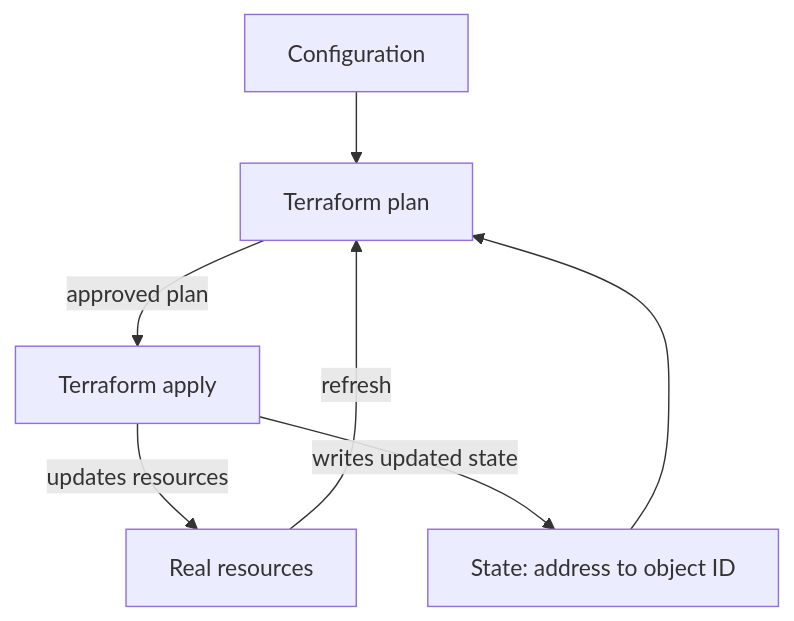
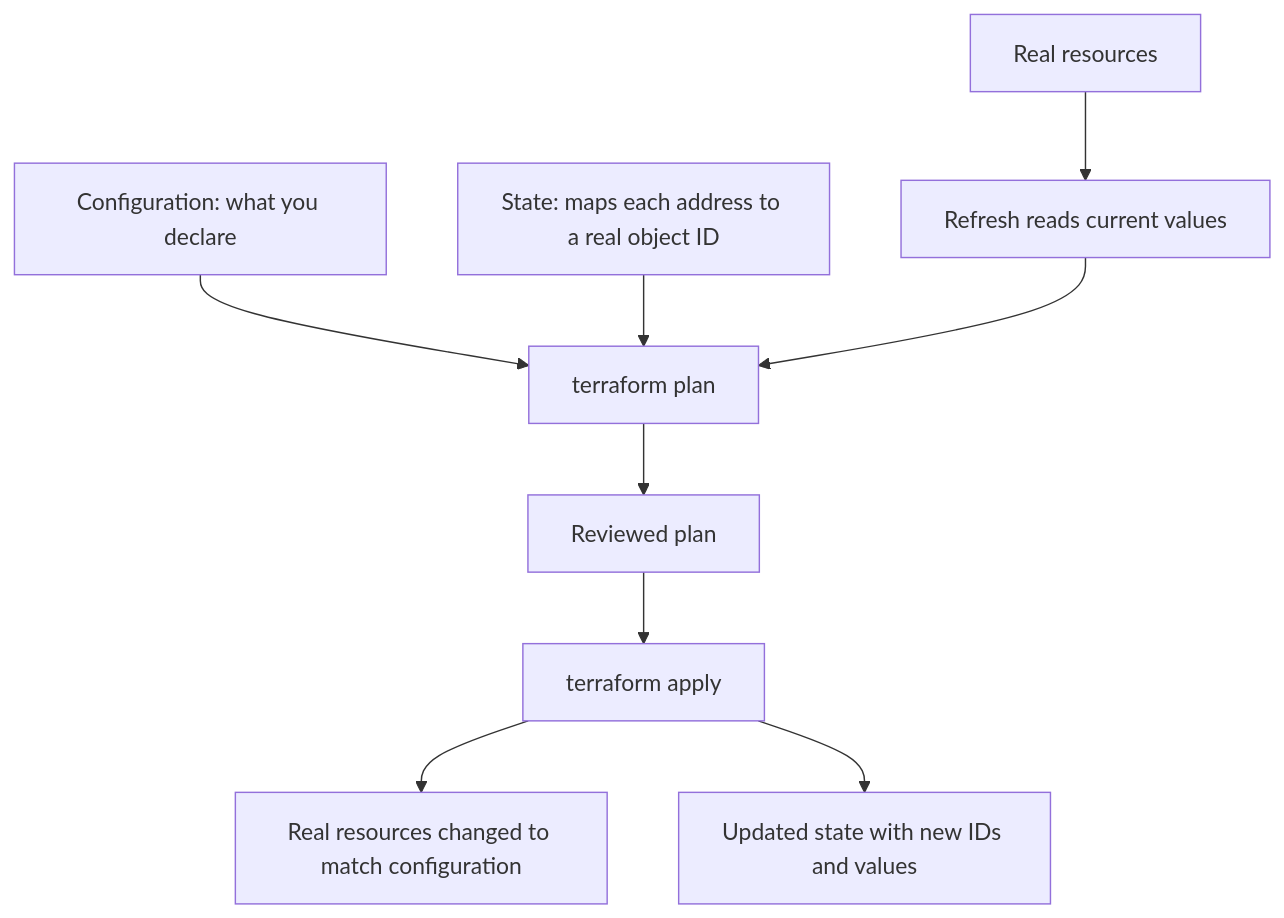
One commit to OpalBolt/Hashicorp-Katas changed the first of 3 diagrams in docs/slices/terraform/02-state.md. Above: the diagram before and after it, drawn with Mermaid. The commit also changed other lines of this file and 19 other files, not shown here.

````diff
--- a/docs/slices/terraform/02-state.md
+++ b/docs/slices/terraform/02-state.md
@@ -38,9 +38,11 @@
 ```mermaid
 flowchart TD
-  config[Configuration] --> plan[Terraform plan]
-  state[State: address to object ID] --> plan
-  real[Real resources] -->|refresh| plan
-  plan -->|approved plan| apply[Terraform apply]
-  apply -->|updates resources| real
-  apply -->|writes updated state| state
+  config["Configuration: what you declare"] --> plan["terraform plan"]
+  state["State: maps each address to a real object ID"] --> plan
+  real["Real resources"] --> refresh["Refresh reads current values"]
+  refresh --> plan
+  plan --> review["Reviewed plan"]
+  review --> apply["terraform apply"]
+  apply --> realafter["Real resources changed to match configuration"]
+  apply --> stateafter["Updated state with new IDs and values"]
 ```
````
